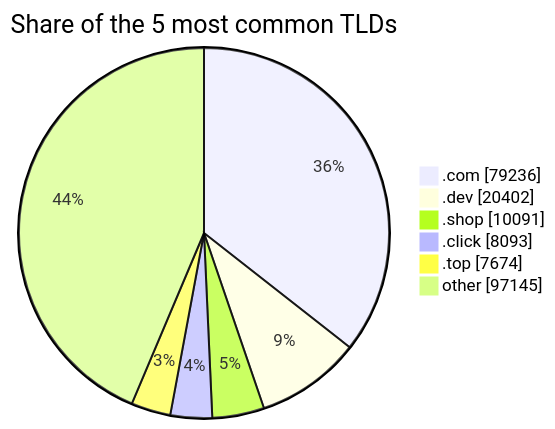
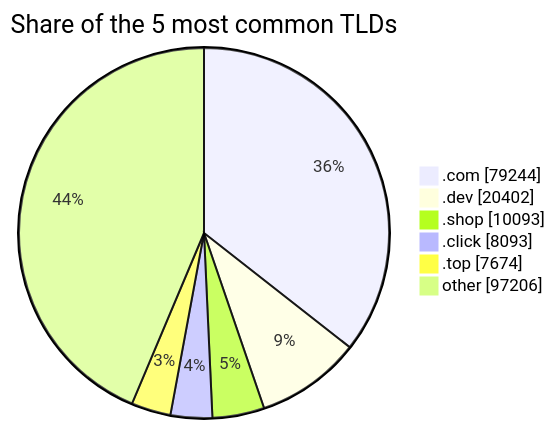
One commit to DNSBunker/CTI changed the third of 3 diagrams in README.md. Above: the diagram before and after it, drawn with Mermaid. The commit also changed other lines of this file and 3 other files, not shown here.

````diff
--- a/README.md
+++ b/README.md
@@ -81,9 +81,9 @@
 ```mermaid
 pie showData title Share of the 5 most common TLDs
-    ".com" : 79236
+    ".com" : 79244
     ".dev" : 20402
-    ".shop" : 10091
+    ".shop" : 10093
     ".click" : 8093
     ".top" : 7674
-    "other" : 97145
+    "other" : 97206
 ```
````
